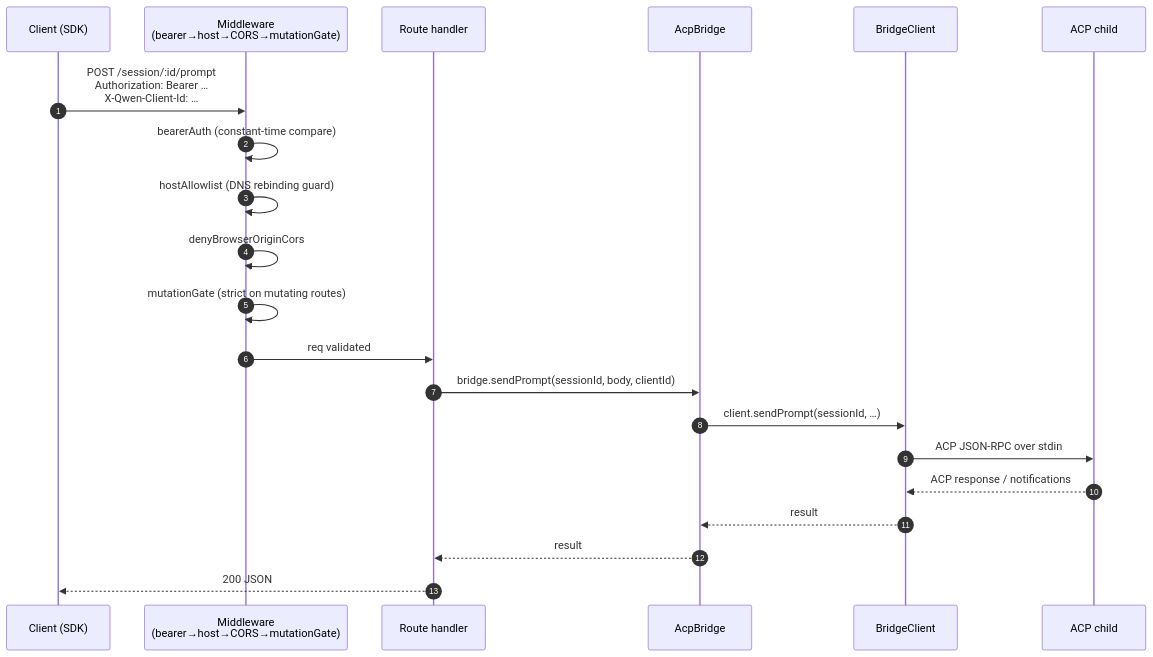
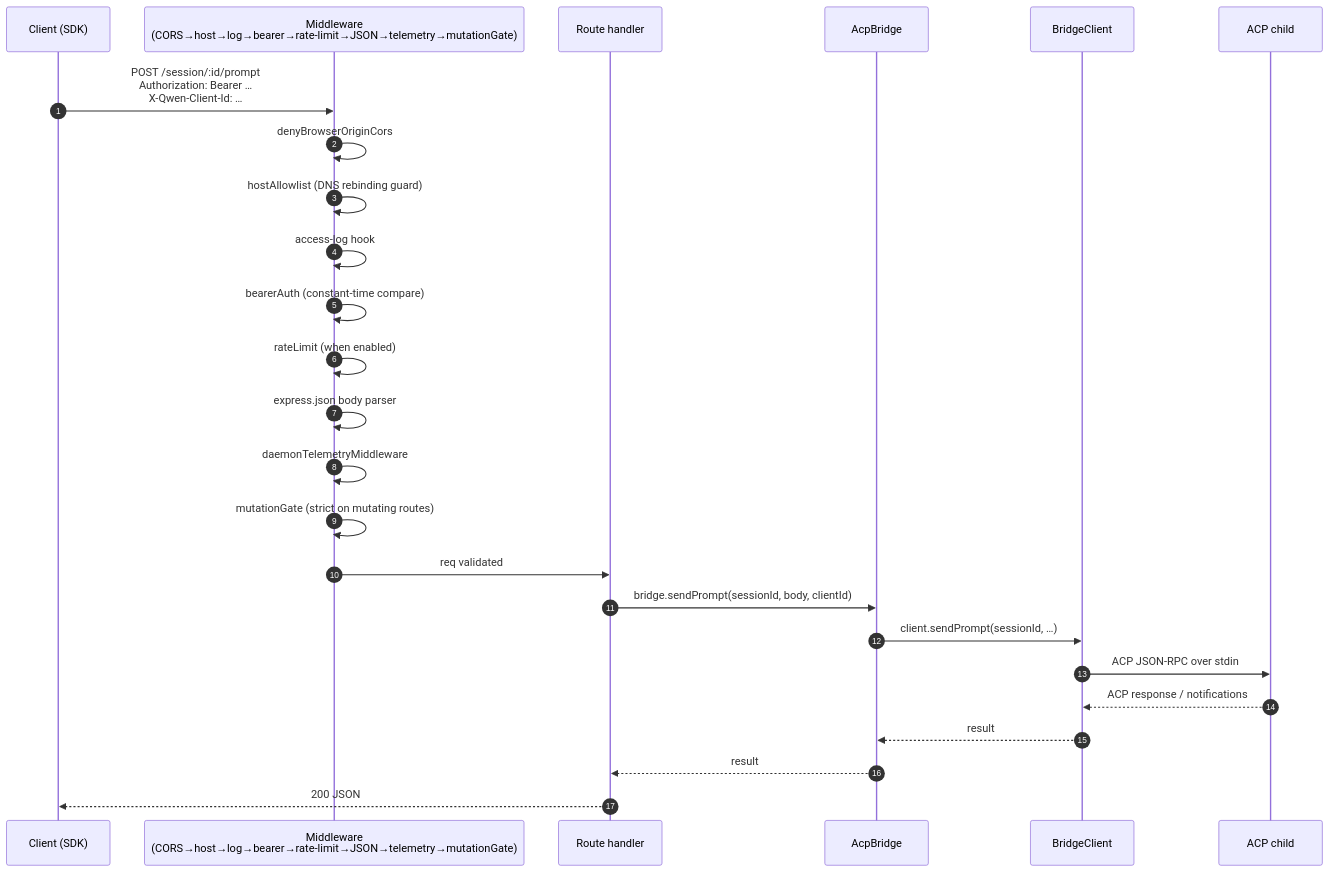
Before and after one commit to QwenLM/qwen-code: the third of 7 diagrams in docs/developers/daemon/01-architecture.md, drawn with Mermaid. The commit also changed other lines of this file and 4 other files, not shown here.

````diff
--- a/docs/developers/daemon/01-architecture.md
+++ b/docs/developers/daemon/01-architecture.md
@@ -139,24 +139,28 @@
 ```mermaid
 sequenceDiagram
     autonumber
     participant C as Client (SDK)
-    participant MW as Middleware<br/>(bearer→host→CORS→mutationGate)
+    participant MW as Middleware<br/>(CORS→host→log→bearer→rate-limit→JSON→telemetry→mutationGate)
     participant R as Route handler
     participant BR as AcpBridge
     participant BC as BridgeClient
     participant CH as ACP child
 
     C->>MW: POST /session/:id/prompt<br/>Authorization: Bearer …<br/>X-Qwen-Client-Id: …
+    MW->>MW: denyBrowserOriginCors
+    MW->>MW: hostAllowlist (DNS rebinding guard)
+    MW->>MW: access-log hook
     MW->>MW: bearerAuth (constant-time compare)
-    MW->>MW: hostAllowlist (DNS rebinding guard)
-    MW->>MW: denyBrowserOriginCors
+    MW->>MW: rateLimit (when enabled)
+    MW->>MW: express.json body parser
+    MW->>MW: daemonTelemetryMiddleware
     MW->>MW: mutationGate (strict on mutating routes)
     MW->>R: req validated
     R->>BR: bridge.sendPrompt(sessionId, body, clientId)
     BR->>BC: client.sendPrompt(sessionId, …)
     BC->>CH: ACP JSON-RPC over stdin
     CH-->>BC: ACP response / notifications
     BC-->>BR: result
     BR-->>R: result
     R-->>C: 200 JSON
 ```
````
